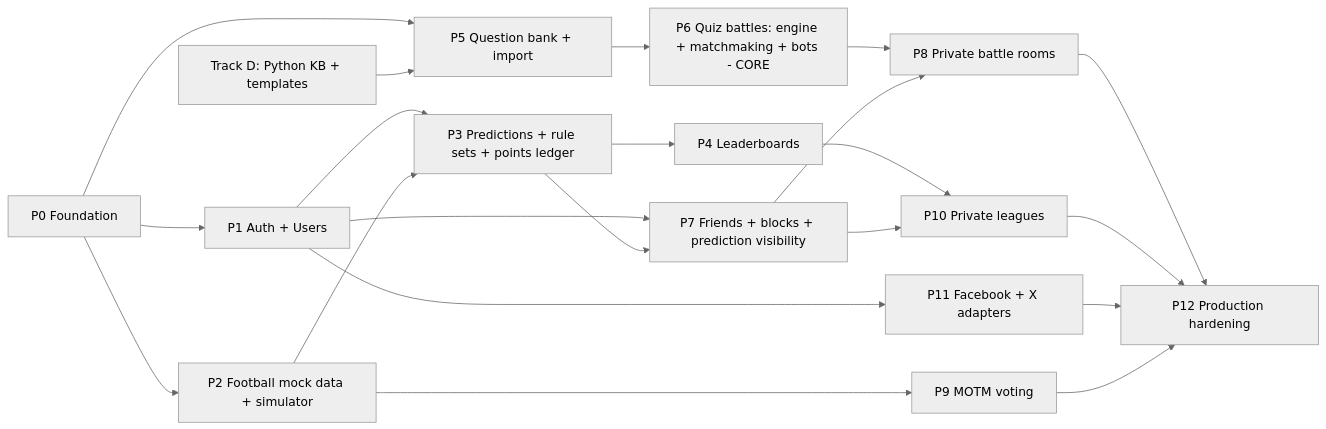
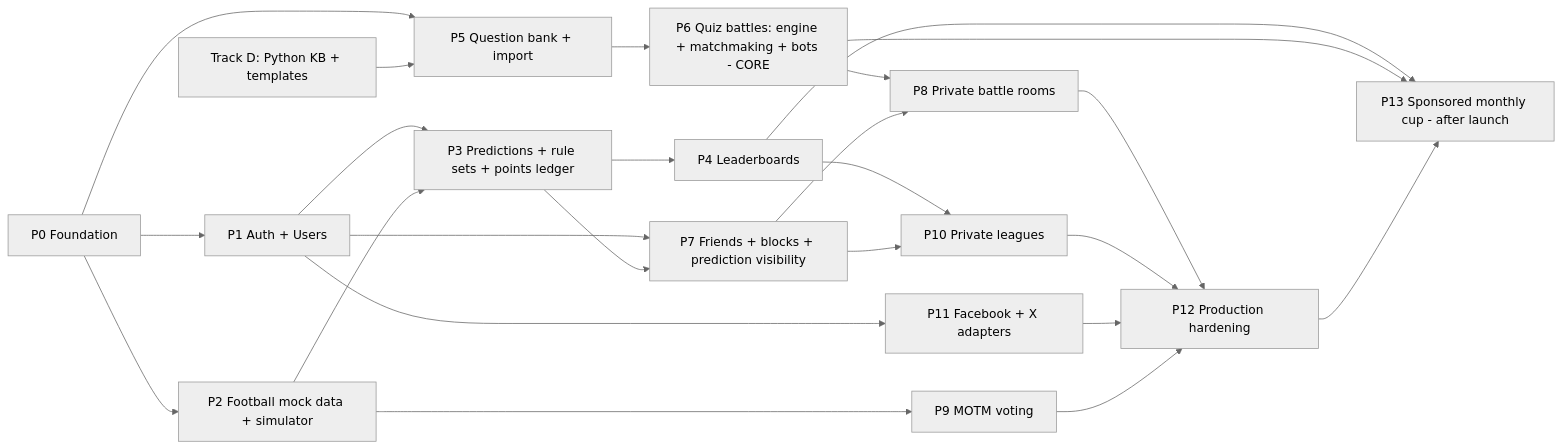
The diagram in docs/ROADMAP.md (the-game22027/22027), drawn with Mermaid (neutral theme) before and after one commit. The commit also changed other lines of this file and 5 other files, not shown here.

Commit message:
docs: plan a sponsored monthly cup for the top 32 of the battles board (ADR-0025, DEC-82, DEC-83, P13)

````diff
--- a/docs/ROADMAP.md
+++ b/docs/ROADMAP.md
@@ -7,23 +7,26 @@
 ```mermaid
 flowchart LR
   P0[P0 Foundation] --> P1[P1 Auth + Users]
   P0 --> P2[P2 Football mock data + simulator]
   P1 --> P3[P3 Predictions + rule sets + points ledger]
   P2 --> P3
   P3 --> P4[P4 Leaderboards]
   P0 --> P5[P5 Question bank + import]
   D[Track D: Python KB + templates] --> P5
   P5 --> P6[P6 Quiz battles: engine + matchmaking + bots - CORE]
   P1 --> P7[P7 Friends + blocks + prediction visibility]
   P3 --> P7
   P6 --> P8[P8 Private battle rooms]
   P7 --> P8
   P2 --> P9[P9 MOTM voting]
   P4 --> P10[P10 Private leagues]
   P7 --> P10
   P1 --> P11[P11 Facebook + X adapters]
   P8 --> P12[P12 Production hardening]
   P10 --> P12
   P11 --> P12
   P9 --> P12
+  P4 --> P13[P13 Sponsored monthly cup - after launch]
+  P6 --> P13
+  P12 --> P13
 ```
````
